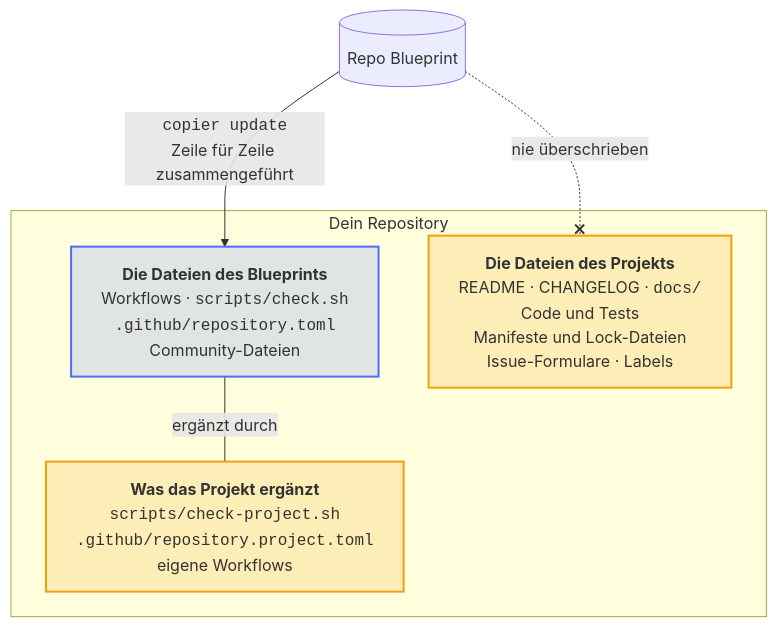
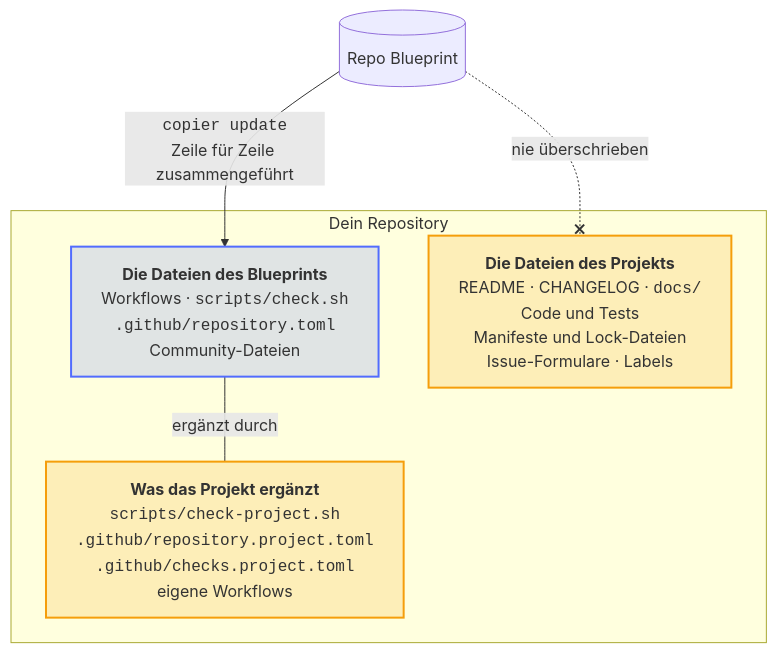
One commit to Dennis-Otto/repo-blueprint changed the tenth of 11 diagrams in README.de.md. Above: the diagram before and after it, drawn with Mermaid. The commit also changed other lines of this file and 14 other files, not shown here.

````diff
--- a/README.de.md
+++ b/README.de.md
@@ -484,27 +484,27 @@
 ```mermaid
 ---
 config:
   flowchart:
     wrappingWidth: 400
 ---
 flowchart TB
     accTitle: Was dem Blueprint gehört und was dem Projekt
     accDescr: copier update bringt die Änderungen der Dateien des Blueprints, Zeile für Zeile mit den Änderungen des Repositorys zusammengeführt, und überschreibt nie die Dateien des Projekts. Ein Projekt ergänzt eigene Prüfungen, Einstellungen und Workflows neben denen des Blueprints.
 
     blueprint[("Repo Blueprint")]
 
     subgraph repo ["Dein Repository"]
         theirs["<b>Die Dateien des Blueprints</b><br>Workflows · <code>scripts/check.sh</code><br><code>.github/repository.toml</code><br>Community-Dateien"]
         mine["<b>Die Dateien des Projekts</b><br>README · CHANGELOG · <code>docs/</code><br>Code und Tests<br>Manifeste und Lock-Dateien<br>Issue-Formulare · Labels"]
-        adds["<b>Was das Projekt ergänzt</b><br><code>scripts/check-project.sh</code><br><code>.github/repository.project.toml</code><br>eigene Workflows"]
+        adds["<b>Was das Projekt ergänzt</b><br><code>scripts/check-project.sh</code><br><code>.github/repository.project.toml</code><br><code>.github/checks.project.toml</code><br>eigene Workflows"]
     end
 
     blueprint -- "<code>copier update</code><br>Zeile für Zeile zusammengeführt" --> theirs
     blueprint -. "nie überschrieben" .-x mine
     theirs -- "ergänzt durch" --- adds
 
     classDef bot fill:#526cfe2e,stroke:#526cfe,stroke-width:2px
     classDef person fill:#f59e0b2e,stroke:#f59e0b,stroke-width:2px
     class theirs bot
     class mine,adds person
 ```
````
